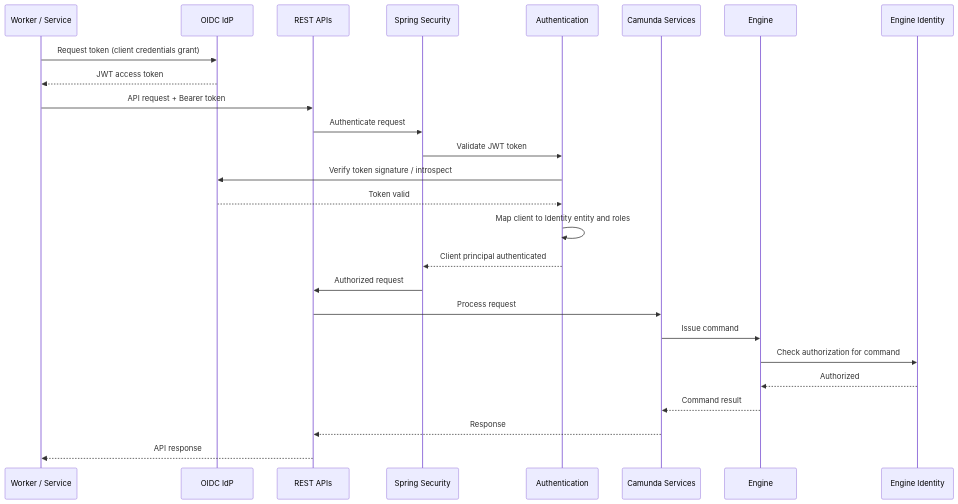
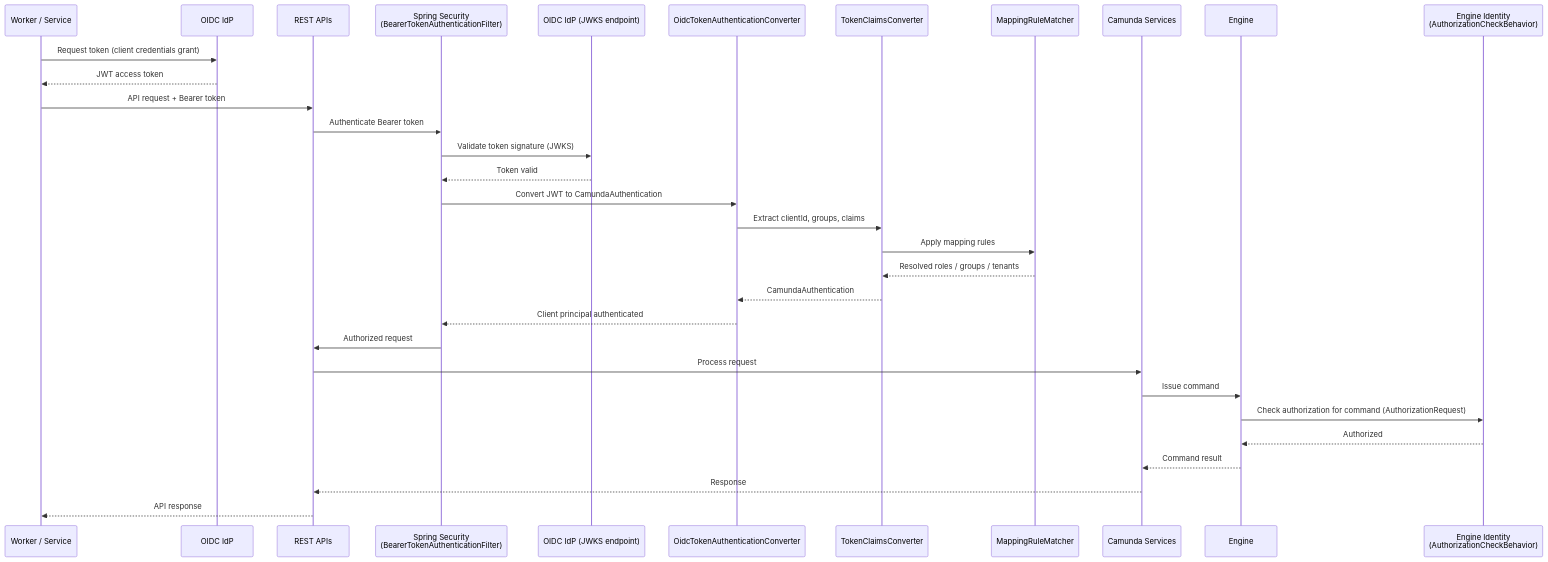
One commit to camunda/camunda changed the tenth of 13 diagrams in docs/identity/architecture-documentation.md. Above: the diagram before and after it, drawn with Mermaid. The commit also changed other lines of this file, not shown here.

Commit message:
docs: fix login/logout sequence diagrams and add class references to architecture diagrams

````diff
--- a/docs/identity/architecture-documentation.md
+++ b/docs/identity/architecture-documentation.md
@@ -489,29 +530,35 @@
 ```mermaid
 sequenceDiagram
   participant WORKER as Worker / Service
   participant IDP as OIDC IdP
   participant REST as REST APIs
-  participant SS as Spring Security
-  participant AUTH as Authentication
+  participant SS as Spring Security<br/>(BearerTokenAuthenticationFilter)
+  participant IDP_JWKS as OIDC IdP (JWKS endpoint)
+  participant TOKEN_CONV as OidcTokenAuthenticationConverter
+  participant CLAIMS as TokenClaimsConverter
+  participant MAPPING as MappingRuleMatcher
   participant CAMUNDA_SERVICES as Camunda Services
   participant ENGINE as Engine
-  participant ENGINE_IDENTITY as Engine Identity
+  participant ENGINE_IDENTITY as Engine Identity<br/>(AuthorizationCheckBehavior)
 
   WORKER->>IDP: Request token (client credentials grant)
   IDP-->>WORKER: JWT access token
   WORKER->>REST: API request + Bearer token
-  REST->>SS: Authenticate request
-  SS->>AUTH: Validate JWT token
-  AUTH->>IDP: Verify token signature / introspect
-  IDP-->>AUTH: Token valid
-  AUTH->>AUTH: Map client to Identity entity and roles
-  AUTH-->>SS: Client principal authenticated
+  REST->>SS: Authenticate Bearer token
+  SS->>IDP_JWKS: Validate token signature (JWKS)
+  IDP_JWKS-->>SS: Token valid
+  SS->>TOKEN_CONV: Convert JWT to CamundaAuthentication
+  TOKEN_CONV->>CLAIMS: Extract clientId, groups, claims
+  CLAIMS->>MAPPING: Apply mapping rules
+  MAPPING-->>CLAIMS: Resolved roles / groups / tenants
+  CLAIMS-->>TOKEN_CONV: CamundaAuthentication
+  TOKEN_CONV-->>SS: Client principal authenticated
   SS->>REST: Authorized request
   REST->>CAMUNDA_SERVICES: Process request
   CAMUNDA_SERVICES->>ENGINE: Issue command
-  ENGINE->>ENGINE_IDENTITY: Check authorization for command
+  ENGINE->>ENGINE_IDENTITY: Check authorization for command (AuthorizationRequest)
   ENGINE_IDENTITY-->>ENGINE: Authorized
   ENGINE-->>CAMUNDA_SERVICES: Command result
   CAMUNDA_SERVICES-->>REST: Response
   REST-->>WORKER: API response
 ```
````
